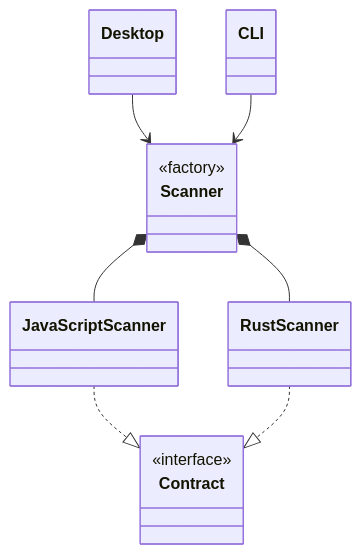
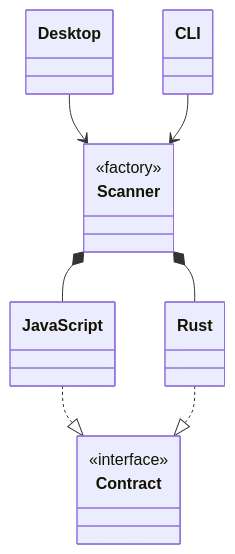
One commit to TangleGuard/docs changed the diagram in src/content/docs/scanner/intro.mdx. Above: the diagram before and after it, drawn with Mermaid. The commit also changed other lines of this file and 3 other files, not shown here.

````diff
--- a/src/content/docs/scanner/intro.mdx
+++ b/src/content/docs/scanner/intro.mdx
@@ -16,20 +18,20 @@
 ```mermaid
   classDiagram
       class Desktop
       class CLI
       class Scanner {
           <<factory>>
       }
       class Contract {
           <<interface>>
       }
-      class JavaScriptScanner
-      class RustScanner
+      class JavaScript
+      class Rust
 
       Desktop --> Scanner
       CLI --> Scanner
-      Scanner *-- JavaScriptScanner
-      Scanner *-- RustScanner
-      JavaScriptScanner ..|> Contract
-      RustScanner ..|> Contract
+      Scanner *-- JavaScript
+      Scanner *-- Rust
+      JavaScript ..|> Contract
+      Rust ..|> Contract
 ```
````
